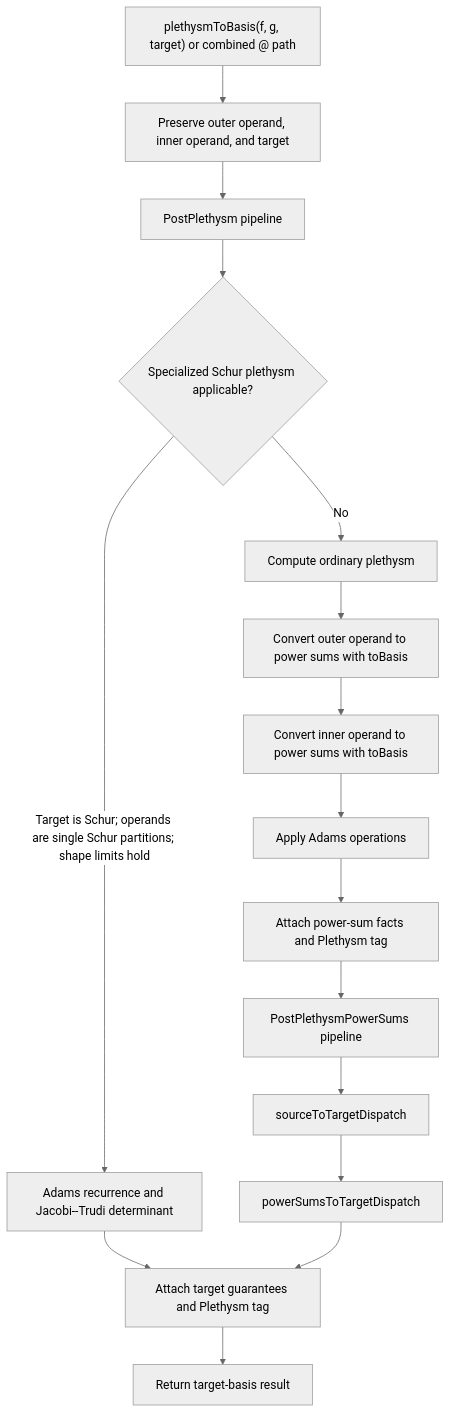
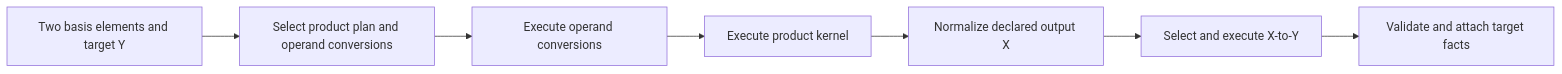
One commit to j-graf/M2 changed the second of 2 diagrams in M2/Macaulay2/e/symmetric-rings/README-pipelines.md. Above: the diagram before and after it, drawn with Mermaid. The commit also changed other lines of this file and 49 other files, not shown here.

````diff
--- a/M2/Macaulay2/e/symmetric-rings/README-pipelines.md
+++ b/M2/Macaulay2/e/symmetric-rings/README-pipelines.md
@@ -224,22 +45,9 @@
 ```mermaid
-%%{init: {"theme": "neutral"}}%%
-flowchart TD
-    A["plethysmToBasis(f, g, target) or combined @ path"] --> B["Preserve outer operand, inner operand, and target"]
-    B --> C["PostPlethysm pipeline"]
-
-    C --> D{"Specialized Schur plethysm applicable?"}
-    D -->|"Target is Schur; operands are single Schur partitions; shape limits hold"| S["Adams recurrence and Jacobi--Trudi determinant"]
-    D -->|"No"| P["Compute ordinary plethysm"]
-
-    P --> FP["Convert outer operand to power sums with toBasis"]
-    FP --> GP["Convert inner operand to power sums with toBasis"]
-    GP --> ADO["Apply Adams operations"]
-    ADO --> TAG["Attach power-sum facts and Plethysm tag"]
-    TAG --> PP["PostPlethysmPowerSums pipeline"]
-    PP --> ST["sourceToTargetDispatch"]
-    ST --> PT["powerSumsToTargetDispatch"]
-
-    S --> Z["Attach target guarantees and Plethysm tag"]
-    PT --> Z
-    Z --> R["Return target-basis result"]
+flowchart LR
+    A["Two basis elements and target Y"] --> B["Select product plan and operand conversions"]
+    B --> C["Execute operand conversions"]
+    C --> D["Execute product kernel"]
+    D --> E["Normalize declared output X"]
+    E --> F["Select and execute X-to-Y"]
+    F --> G["Validate and attach target facts"]
 ```
````
